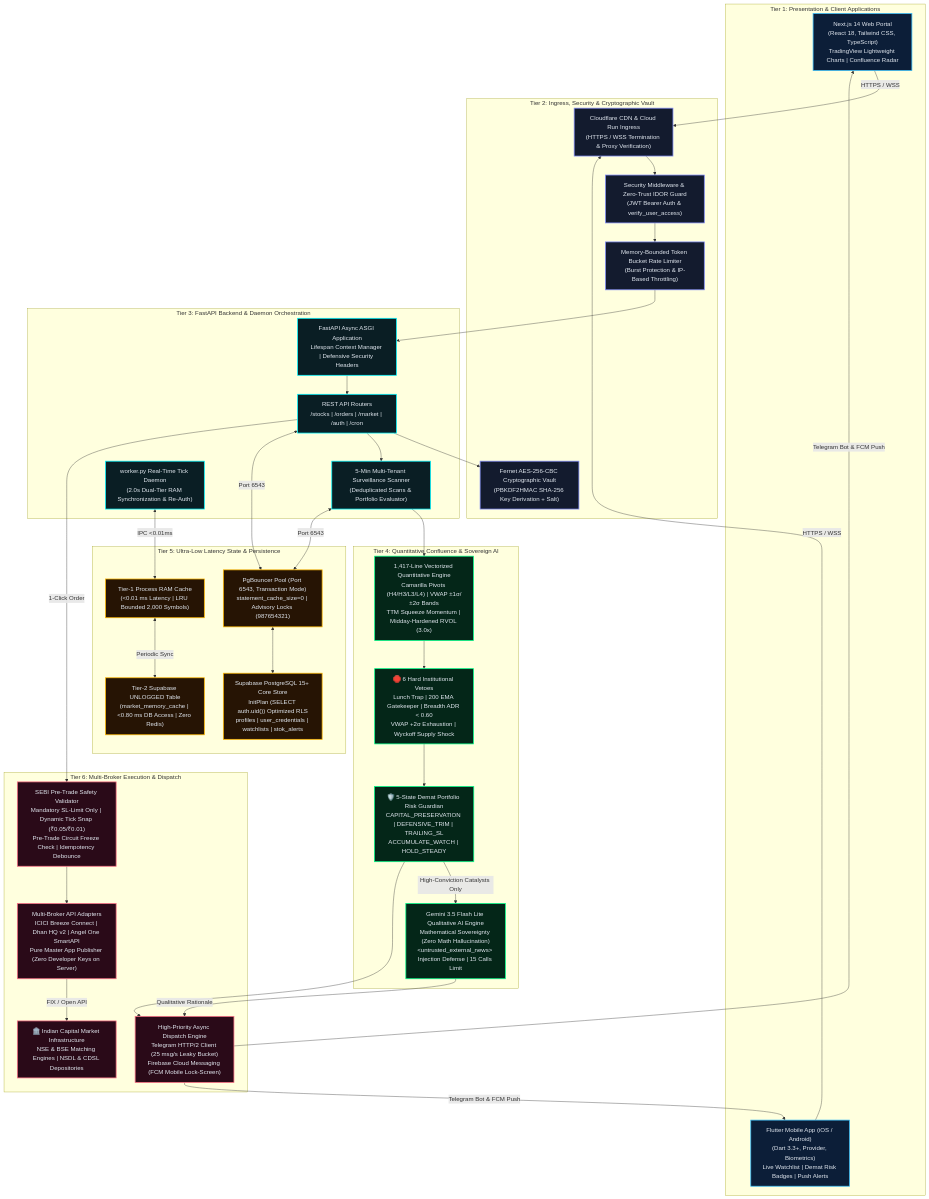
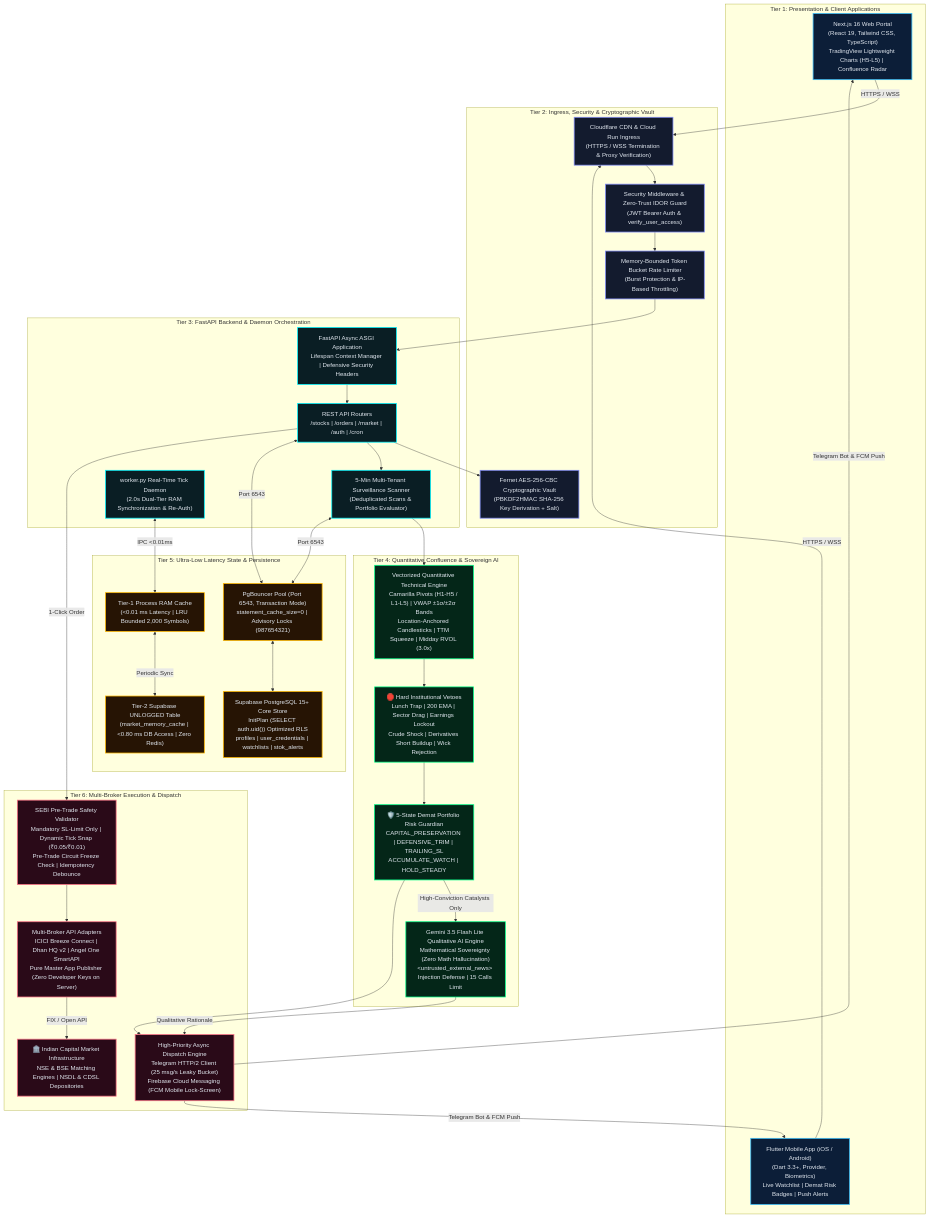
The diagram in architecture_blueprint.md (cvnbtech/stokvigil-ai), drawn with Mermaid before and after one commit. The commit also changed other lines of this file and 50 other files, not shown here.

Commit message:
feat(core): institutional prop-desk upgrades, sold holdings auto-deletion, enriched telegram/fcm alerts, native chart pipeline

````diff
--- a/architecture_blueprint.md
+++ b/architecture_blueprint.md
@@ -46,81 +46,81 @@
 ```mermaid
 flowchart TD
     %% Global Styling
     classDef client fill:#0C1E38,stroke:#38BDF8,stroke-width:2px,color:#E2E8F0;
     classDef gateway fill:#131B2E,stroke:#818CF8,stroke-width:2px,color:#E2E8F0;
     classDef app fill:#0A1E24,stroke:#00F5FF,stroke-width:2px,color:#E2E8F0;
     classDef quant fill:#042618,stroke:#00FF88,stroke-width:2px,color:#E2E8F0;
     classDef state fill:#261404,stroke:#FFB800,stroke-width:2px,color:#E2E8F0;
     classDef exec fill:#2A0A18,stroke:#FB7185,stroke-width:2px,color:#E2E8F0;
 
     subgraph TIER1 ["Tier 1: Presentation & Client Applications"]
-        WEB["Next.js 14 Web Portal<br/>(React 18, Tailwind CSS, TypeScript)<br/>TradingView Lightweight Charts | Confluence Radar"]:::client
+        WEB["Next.js 16 Web Portal<br/>(React 19, Tailwind CSS, TypeScript)<br/>TradingView Lightweight Charts (H5-L5) | Confluence Radar"]:::client
         MOBILE["Flutter Mobile App (iOS / Android)<br/>(Dart 3.3+, Provider, Biometrics)<br/>Live Watchlist | Demat Risk Badges | Push Alerts"]:::client
     end
 
     subgraph TIER2 ["Tier 2: Ingress, Security & Cryptographic Vault"]
         INGRESS["Cloudflare CDN & Cloud Run Ingress<br/>(HTTPS / WSS Termination & Proxy Verification)"]:::gateway
         AUTH_GUARD["Security Middleware & Zero-Trust IDOR Guard<br/>(JWT Bearer Auth & verify_user_access)"]:::gateway
         RATE_LIMIT["Memory-Bounded Token Bucket Rate Limiter<br/>(Burst Protection & IP-Based Throttling)"]:::gateway
         VAULT["Fernet AES-256-CBC Cryptographic Vault<br/>(PBKDF2HMAC SHA-256 Key Derivation + Salt)"]:::gateway
     end
 
     subgraph TIER3 ["Tier 3: FastAPI Backend & Daemon Orchestration"]
         FASTAPI["FastAPI Async ASGI Application<br/>Lifespan Context Manager | Defensive Security Headers"]:::app
         ROUTERS["REST API Routers<br/>/stocks | /orders | /market | /auth | /cron"]:::app
         SCANNER["5-Min Multi-Tenant Surveillance Scanner<br/>(Deduplicated Scans & Portfolio Evaluator)"]:::app
         TICK_WORKER["worker.py Real-Time Tick Daemon<br/>(2.0s Dual-Tier RAM Synchronization & Re-Auth)"]:::app
     end
 
     subgraph TIER4 ["Tier 4: Quantitative Confluence & Sovereign AI"]
-        MATH_CORE["1,417-Line Vectorized Quantitative Engine<br/>Camarilla Pivots (H4/H3/L3/L4) | VWAP ±1σ/±2σ Bands<br/>TTM Squeeze Momentum | Midday-Hardened RVOL (3.0x)"]:::quant
-        VETO_GATE["🛑 6 Hard Institutional Vetoes<br/>Lunch Trap | 200 EMA Gatekeeper | Breadth ADR &lt; 0.60<br/>VWAP +2σ Exhaustion | Wyckoff Supply Shock"]:::quant
+        MATH_CORE["Vectorized Quantitative Technical Engine<br/>Camarilla Pivots (H1-H5 / L1-L5) | VWAP ±1σ/±2σ Bands<br/>Location-Anchored Candlesticks | TTM Squeeze | Midday RVOL (3.0x)"]:::quant
+        VETO_GATE["🛑 Hard Institutional Vetoes<br/>Lunch Trap | 200 EMA | Sector Drag | Earnings Lockout<br/>Crude Shock | Derivatives Short Buildup | Wick Rejection"]:::quant
         DEMAT_GUARDIAN["🛡️ 5-State Demat Portfolio Risk Guardian<br/>CAPITAL_PRESERVATION | DEFENSIVE_TRIM | TRAILING_SL<br/>ACCUMULATE_WATCH | HOLD_STEADY"]:::quant
         GEMINI_AI["Gemini 3.5 Flash Lite Qualitative AI Engine<br/>Mathematical Sovereignty (Zero Math Hallucination)<br/>&lt;untrusted_external_news&gt; Injection Defense | 15 Calls Limit"]:::quant
     end
 
     subgraph TIER5 ["Tier 5: Ultra-Low Latency State & Persistence"]
         RAM_CACHE["Tier-1 Process RAM Cache<br/>(&lt;0.01 ms Latency | LRU Bounded 2,000 Symbols)"]:::state
         UNLOGGED_DB["Tier-2 Supabase UNLOGGED Table<br/>(market_memory_cache | &lt;0.80 ms DB Access | Zero Redis)"]:::state
         PGBOUNCER["PgBouncer Pool (Port 6543, Transaction Mode)<br/>statement_cache_size=0 | Advisory Locks (987654321)"]:::state
         SUPABASE_PG["Supabase PostgreSQL 15+ Core Store<br/>InitPlan (SELECT auth.uid()) Optimized RLS<br/>profiles | user_credentials | watchlists | stok_alerts"]:::state
     end
 
     subgraph TIER6 ["Tier 6: Multi-Broker Execution & Dispatch"]
         SEBI_ENGINE["SEBI Pre-Trade Safety Validator<br/>Mandatory SL-Limit Only | Dynamic Tick Snap (₹0.05/₹0.01)<br/>Pre-Trade Circuit Freeze Check | Idempotency Debounce"]:::exec
         BROKER_APIS["Multi-Broker API Adapters<br/>ICICI Breeze Connect | Dhan HQ v2 | Angel One SmartAPI<br/>Pure Master App Publisher (Zero Developer Keys on Server)"]:::exec
         DISPATCH_ENGINE["High-Priority Async Dispatch Engine<br/>Telegram HTTP/2 Client (25 msg/s Leaky Bucket)<br/>Firebase Cloud Messaging (FCM Mobile Lock-Screen)"]:::exec
         EXCHANGES["🏛️ Indian Capital Market Infrastructure<br/>NSE & BSE Matching Engines | NSDL & CDSL Depositories"]:::exec
     end
 
     %% Client to Ingress
     WEB & MOBILE -->|"HTTPS / WSS"| INGRESS
     INGRESS --> AUTH_GUARD
     AUTH_GUARD --> RATE_LIMIT
     RATE_LIMIT --> FASTAPI
 
     %% App Server Wiring
     FASTAPI --> ROUTERS
     ROUTERS --> VAULT
     ROUTERS --> SCANNER
     SCANNER --> MATH_CORE
     TICK_WORKER <-->|"IPC &lt;0.01ms"| RAM_CACHE
     RAM_CACHE <-->|"Periodic Sync"| UNLOGGED_DB
 
     %% Quantitative & AI Confluence Wiring
     MATH_CORE --> VETO_GATE
     VETO_GATE --> DEMAT_GUARDIAN
     DEMAT_GUARDIAN -- "High-Conviction Catalysts Only" --> GEMINI_AI
     DEMAT_GUARDIAN --> DISPATCH_ENGINE
     GEMINI_AI -- "Qualitative Rationale" --> DISPATCH_ENGINE
 
     %% State & Persistence Wiring
     ROUTERS & SCANNER <-->|"Port 6543"| PGBOUNCER
     PGBOUNCER <--> SUPABASE_PG
 
     %% Execution Wiring
     ROUTERS -->|"1-Click Order"| SEBI_ENGINE
     SEBI_ENGINE --> BROKER_APIS
     BROKER_APIS -->|"FIX / Open API"| EXCHANGES
     DISPATCH_ENGINE -->|"Telegram Bot & FCM Push"| WEB & MOBILE
 ```
````
